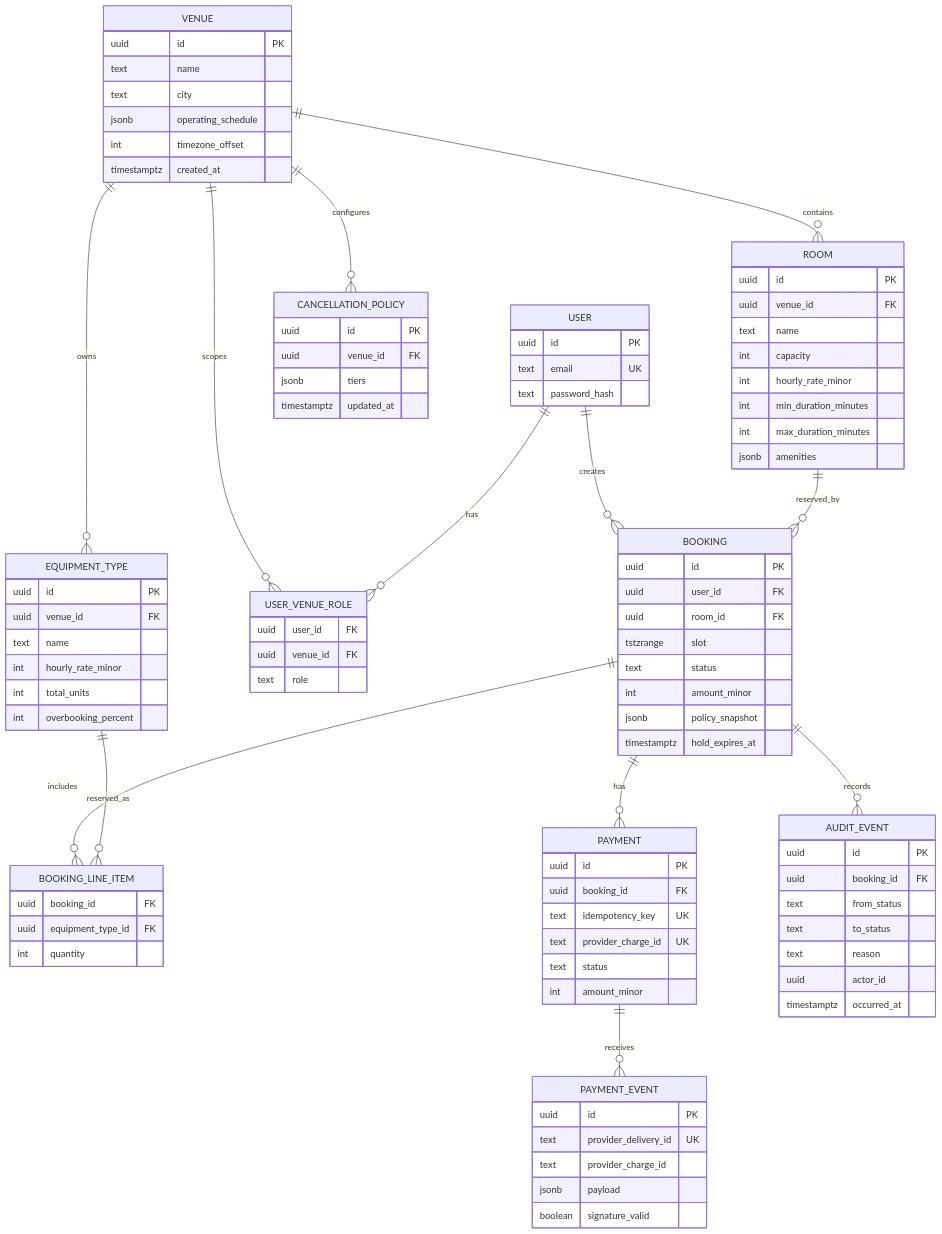
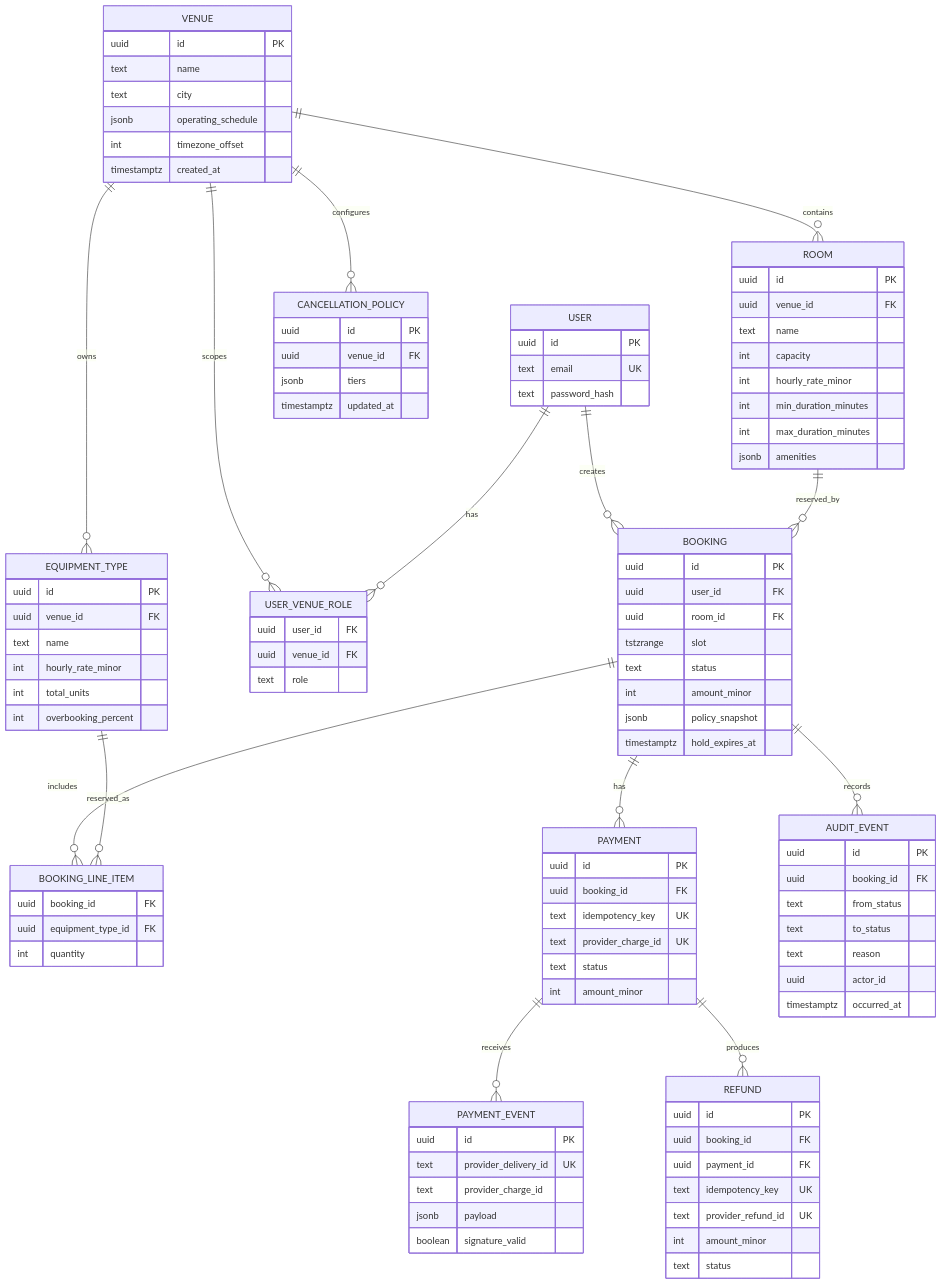
Before and after one commit to devmuzammil/atrium-studio-booking-platform: the first of 2 diagrams in ARCHITECTURE.md, drawn with Mermaid. The commit also changed other lines of this file and 3 other files, not shown here.

Commit message:
docs: align architecture with implementation

```diff
--- a/ARCHITECTURE.md
+++ b/ARCHITECTURE.md
@@ -60,6 +60,7 @@
     BOOKING ||--o{ PAYMENT : has
     BOOKING ||--o{ AUDIT_EVENT : records
     PAYMENT ||--o{ PAYMENT_EVENT : receives
+    PAYMENT ||--o{ REFUND : produces
     VENUE ||--o{ CANCELLATION_POLICY : configures
 
     VENUE {
@@ -137,6 +138,15 @@
       jsonb payload
       boolean signature_valid
     }
+    REFUND {
+      uuid id PK
+      uuid booking_id FK
+      uuid payment_id FK
+      text idempotency_key UK
+      text provider_refund_id UK
+      int amount_minor
+      text status
+    }
     CANCELLATION_POLICY {
       uuid id PK
       uuid venue_id FK
```
